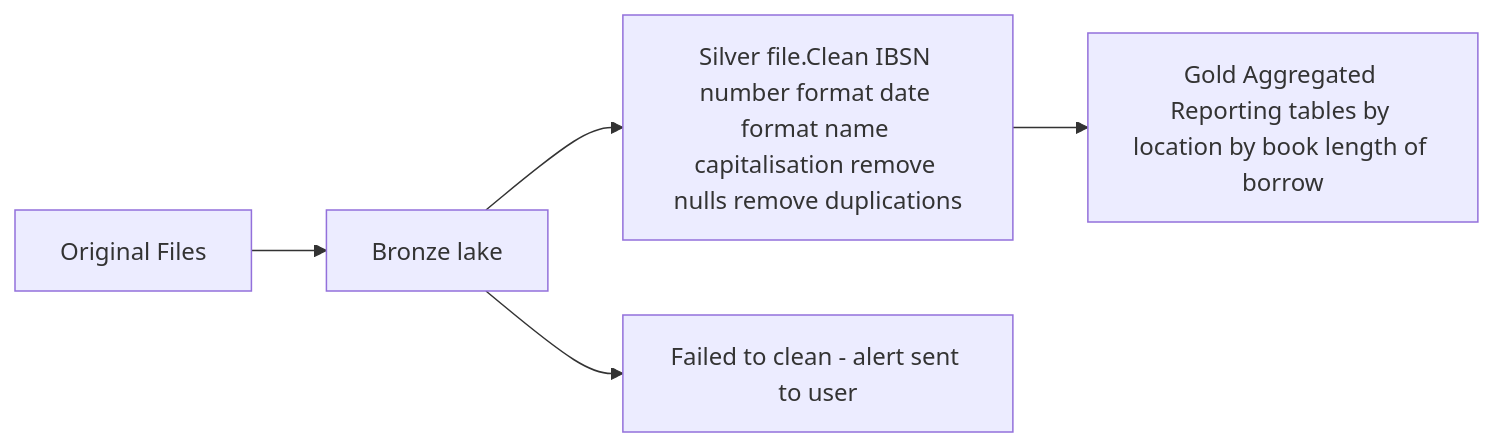
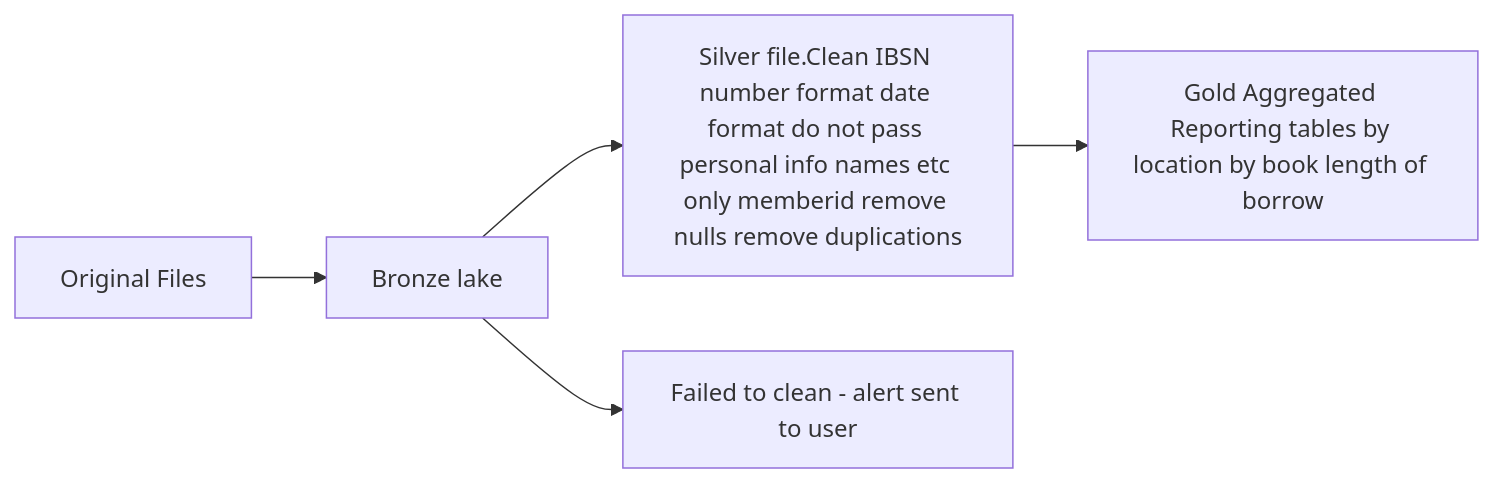
Before and after one commit to neiltuckerspeedy/libraryprojectQA: the diagram in flowchat.md, drawn with Mermaid.

````diff
--- a/flowchat.md
+++ b/flowchat.md
@@ -2,5 +2,5 @@
 ```mermaid
 flowchart LR
-  A[Original Files] --> B[Bronze lake] --> C[Silver file.Clean IBSN number format date format name capitalisation remove nulls remove duplications] --> D[Gold Aggregated Reporting tables by location by book length of borrow ]
+  A[Original Files] --> B[Bronze lake] --> C[Silver file.Clean IBSN number format date format do not pass personal info names etc only memberid remove nulls remove duplications] --> D[Gold Aggregated Reporting tables by location by book length of borrow ]
 B --> E[Failed to clean - alert sent to user]
 ```
````
